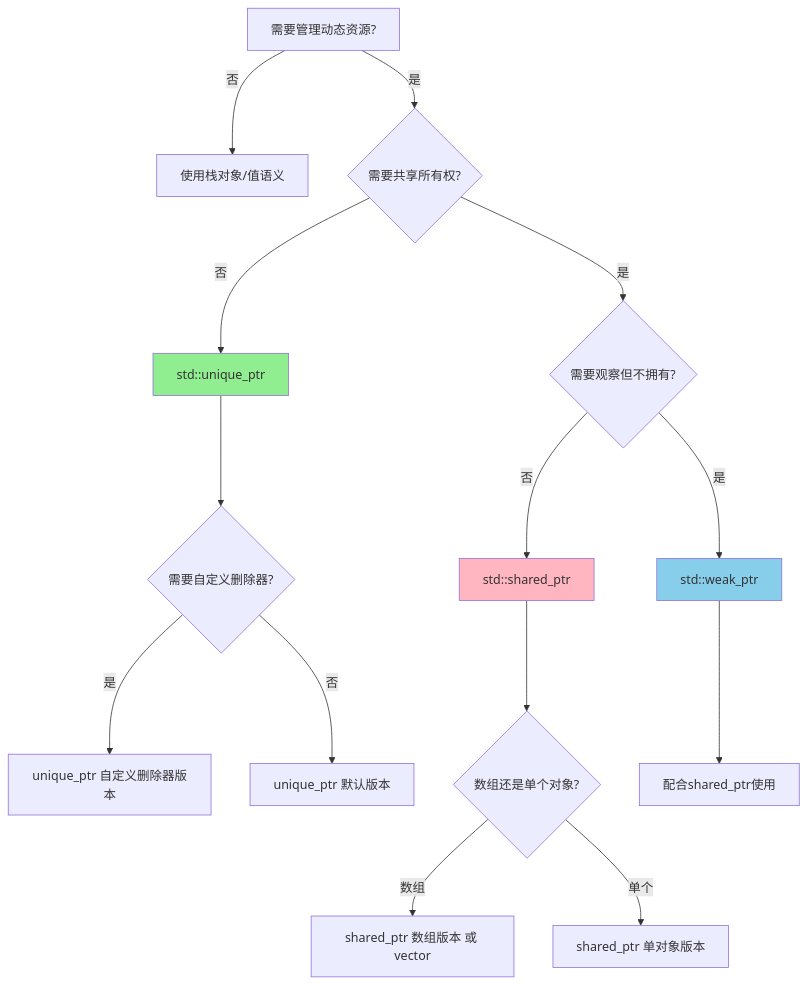
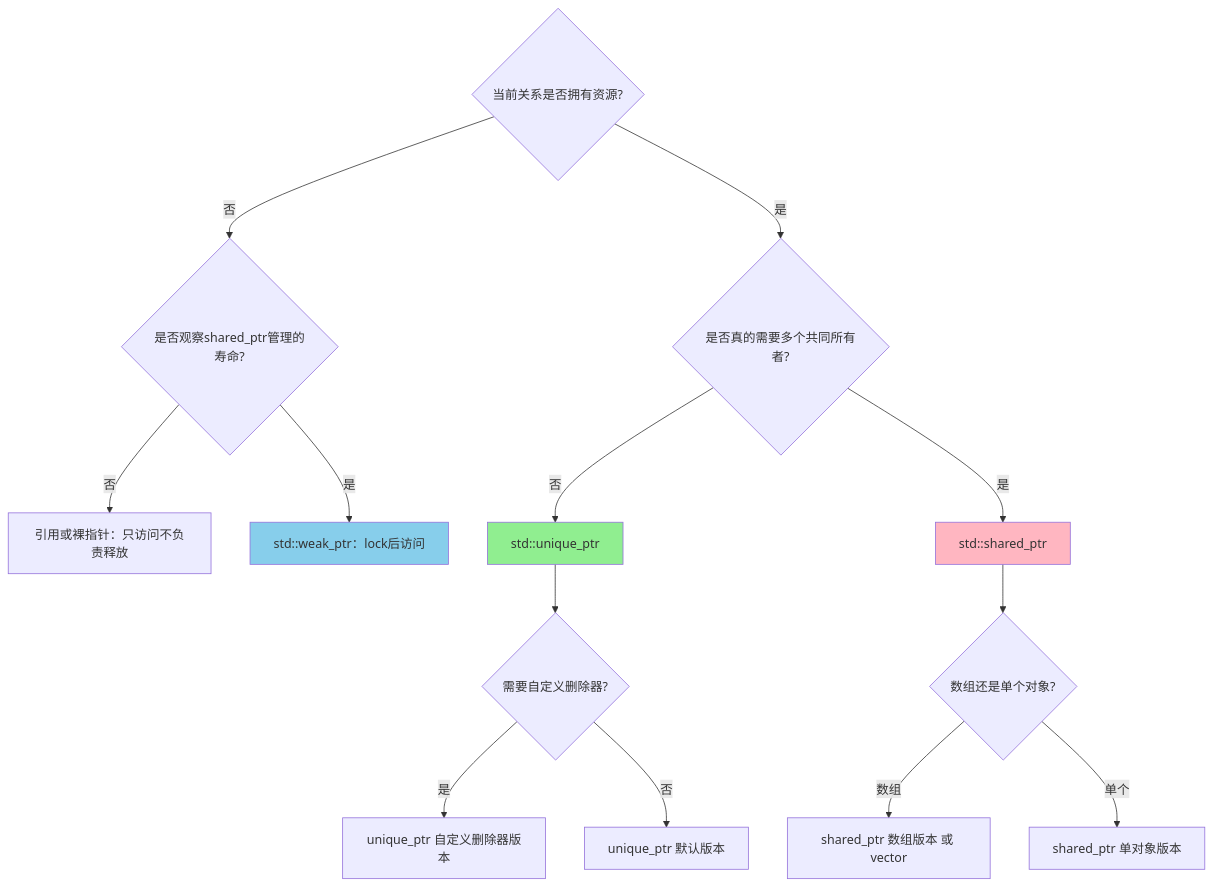
The diagram in week_02/day_12/README.md (mlbo/cpp_learning), drawn with Mermaid before and after one commit. The commit also changed other lines of this file and 675 other files, not shown here.

````diff
--- a/week_02/day_12/README.md
+++ b/week_02/day_12/README.md
@@ -29,25 +37,22 @@
 ```mermaid
 flowchart TD
-    A[需要管理动态资源?] -->|否| Z[使用栈对象/值语义]
-    A -->|是| B{需要共享所有权?}
-    
-    B -->|否| C[std::unique_ptr]
-    B -->|是| D{需要观察但不拥有?}
-    
-    D -->|是| E[std::weak_ptr]
-    D -->|否| F[std::shared_ptr]
+    A{当前关系是否拥有资源?}
+    A -->|否| B{是否观察shared_ptr管理的寿命?}
+    B -->|否| Z[引用或裸指针：只访问不负责释放]
+    B -->|是| E[std::weak_ptr：lock后访问]
+    A -->|是| D{是否真的需要多个共同所有者?}
+    D -->|否| C[std::unique_ptr]
+    D -->|是| F[std::shared_ptr]
     
     C --> G{需要自定义删除器?}
     G -->|是| H["unique_ptr 自定义删除器版本"]
     G -->|否| I["unique_ptr 默认版本"]
     
     F --> J{数组还是单个对象?}
     J -->|数组| K["shared_ptr 数组版本 或 vector"]
     J -->|单个| L["shared_ptr 单对象版本"]
     
-    E --> M[配合shared_ptr使用]
-    
     style C fill:#90EE90
     style F fill:#FFB6C1
     style E fill:#87CEEB
 ```
````
